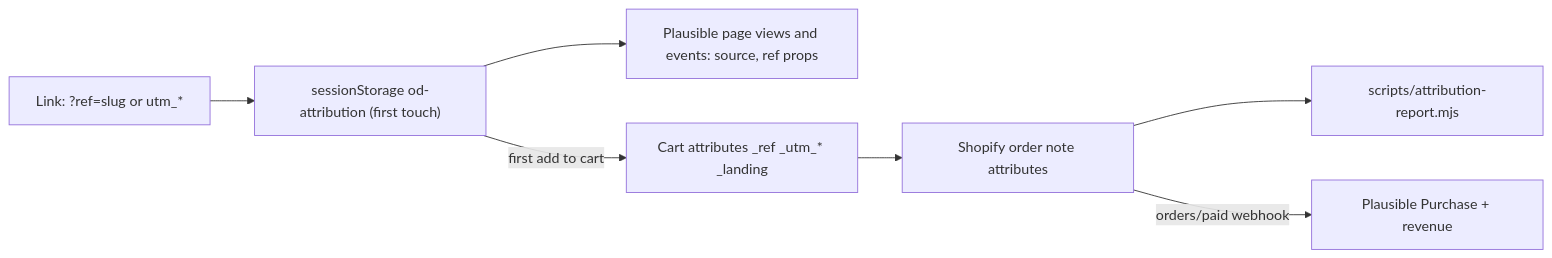
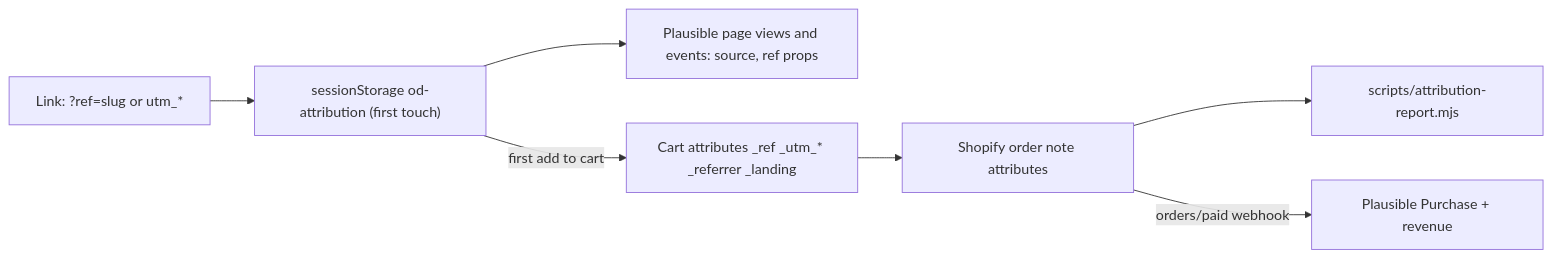
The eighth of 8 diagrams in README.md (OpenDrone-hw/OpenDrone-Web), drawn with Mermaid before and after one commit. The commit also changed other lines of this file and 3 other files, not shown here.

````diff
--- a/README.md
+++ b/README.md
@@ -1444,9 +1444,9 @@
 ```mermaid
 flowchart LR
   L["Link: ?ref=slug or utm_*"] --> S["sessionStorage od-attribution (first touch)"]
   S --> E["Plausible page views and events: source, ref props"]
-  S -->|first add to cart| C["Cart attributes _ref _utm_* _landing"]
+  S -->|first add to cart| C["Cart attributes _ref _utm_* _referrer _landing"]
   C --> O["Shopify order note attributes"]
   O --> R["scripts/attribution-report.mjs"]
   O -->|orders/paid webhook| P["Plausible Purchase + revenue"]
 ```
````
